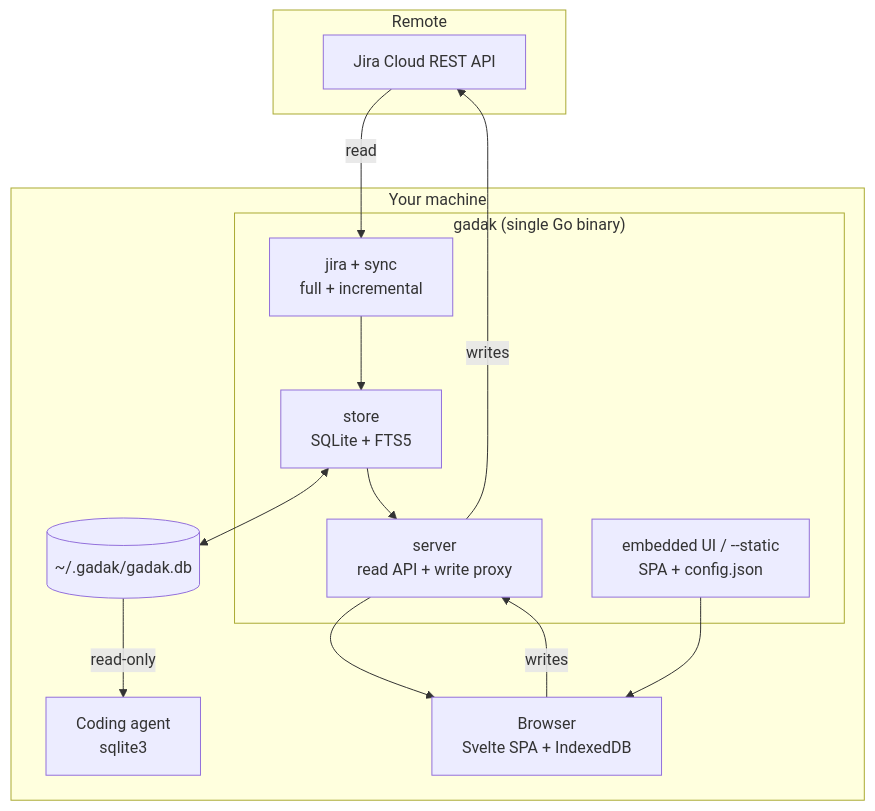
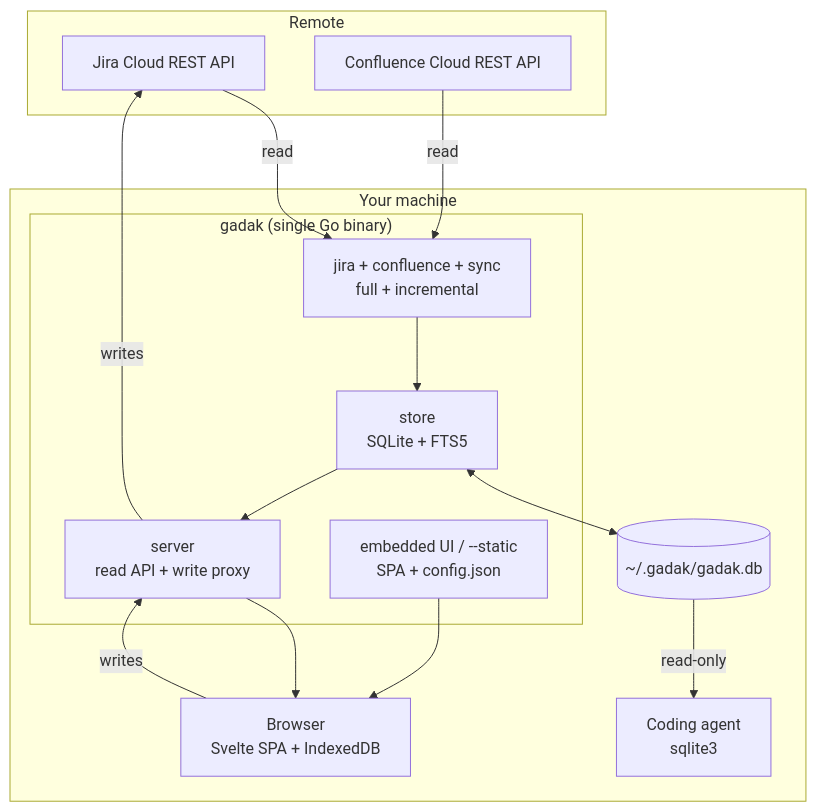
One commit to midagedev/gadak changed the diagram in docs/ARCHITECTURE.md. Above: the diagram before and after it, drawn with Mermaid. The commit also changed other lines of this file and 4 other files, not shown here.

````diff
--- a/docs/ARCHITECTURE.md
+++ b/docs/ARCHITECTURE.md
@@ -7,27 +7,29 @@
 ```mermaid
 flowchart TB
   subgraph Remote
     Jira["Jira Cloud REST API"]
+    Confluence["Confluence Cloud REST API"]
   end
   subgraph Machine["Your machine"]
     subgraph Binary["gadak (single Go binary)"]
-      Sync["jira + sync<br/>full + incremental"]
+      Sync["jira + confluence + sync<br/>full + incremental"]
       Store["store<br/>SQLite + FTS5"]
       API["server<br/>read API + write proxy"]
       UI["embedded UI / --static<br/>SPA + config.json"]
     end
     DB[("~/.gadak/gadak.db")]
     Browser["Browser<br/>Svelte SPA + IndexedDB"]
     Agent["Coding agent<br/>sqlite3"]
   end
 
   Jira -->|"read"| Sync
+  Confluence -->|"read"| Sync
   Sync --> Store
   Store <--> DB
   Store --> API
   API --> Browser
   UI --> Browser
   Browser -->|"writes"| API
   API -->|"writes"| Jira
   DB -->|"read-only"| Agent
 ```
````
